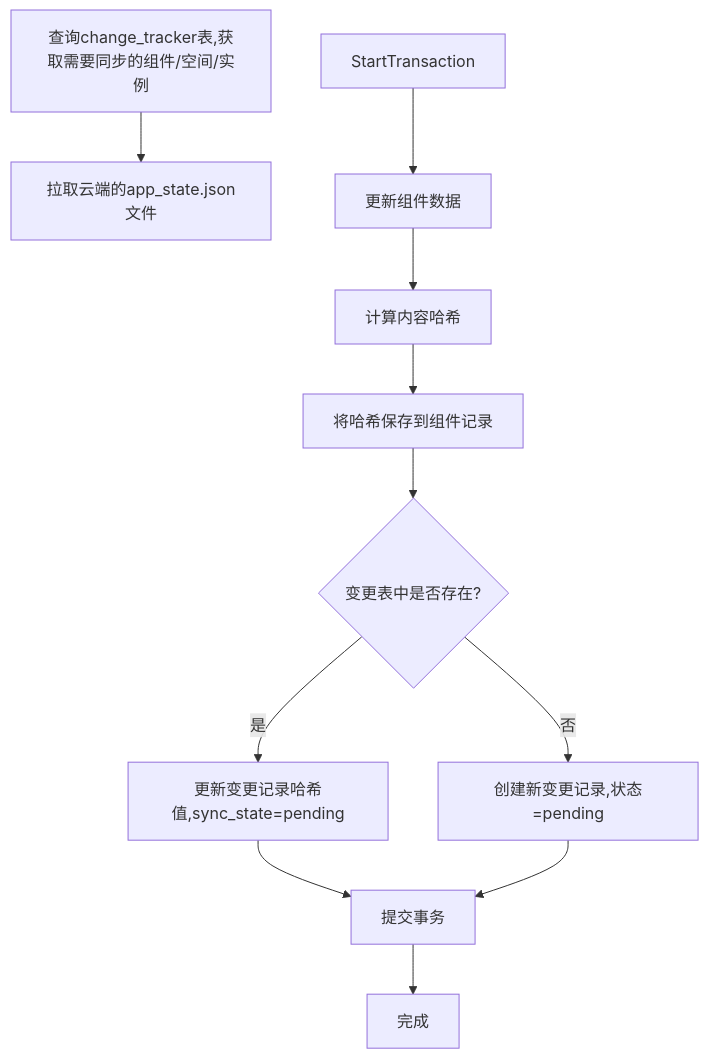
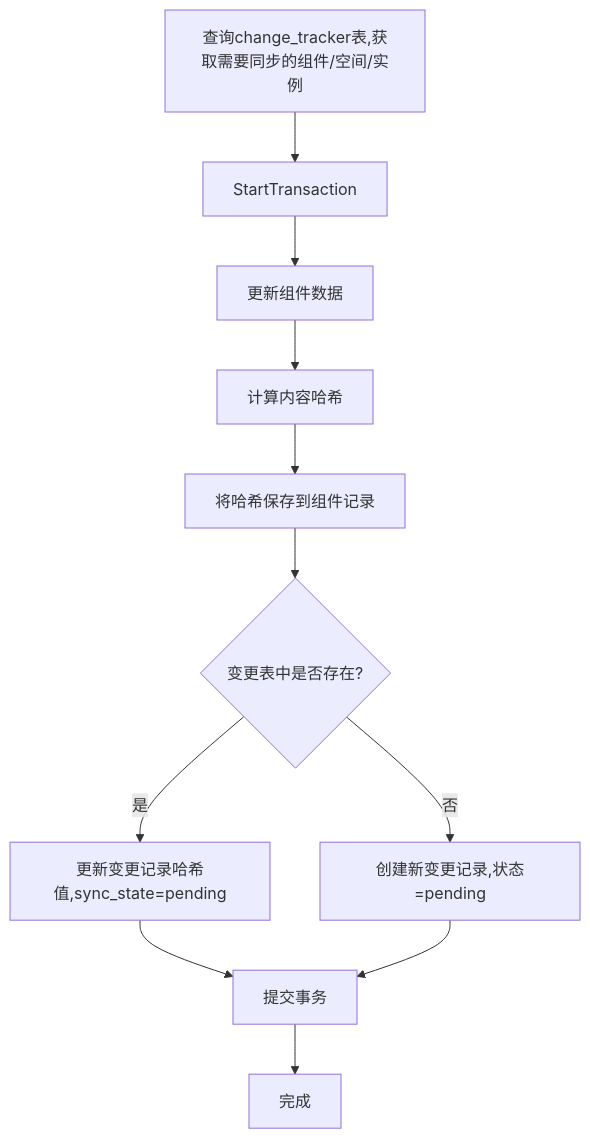
Before and after one commit to yingjianzh/iodraw-files: the diagram in all/未命名-43.md, drawn with Mermaid.

Commit message:
2025-04-25 18:14:15 update

````diff
--- a/all/未命名-43.md
+++ b/all/未命名-43.md
@@ -1,17 +1,17 @@
 ```mermaid
 
 flowchart TD
-    Start[查询change_tracker表,获取需要同步的组件/空间/实例] --> A[拉取云端的app_state.json文件]
+    Start[查询change_tracker表,获取需要同步的组件/空间/实例] --> 
     StartTransaction --> UpdateComponent[更新组件数据]
     UpdateComponent --> CalcHash[计算内容哈希]
     CalcHash --> SaveHash[将哈希保存到组件记录]
     SaveHash --> CheckExists{变更表中是否存在?}
     
     CheckExists -- 是 --> UpdateChange[更新变更记录哈希值,sync_state=pending]
     CheckExists -- 否 --> CreateChange[创建新变更记录,状态=pending]
     
     UpdateChange --> CommitTransaction[提交事务]
     CreateChange --> CommitTransaction
     CommitTransaction --> End[完成]
 
 ```
````
